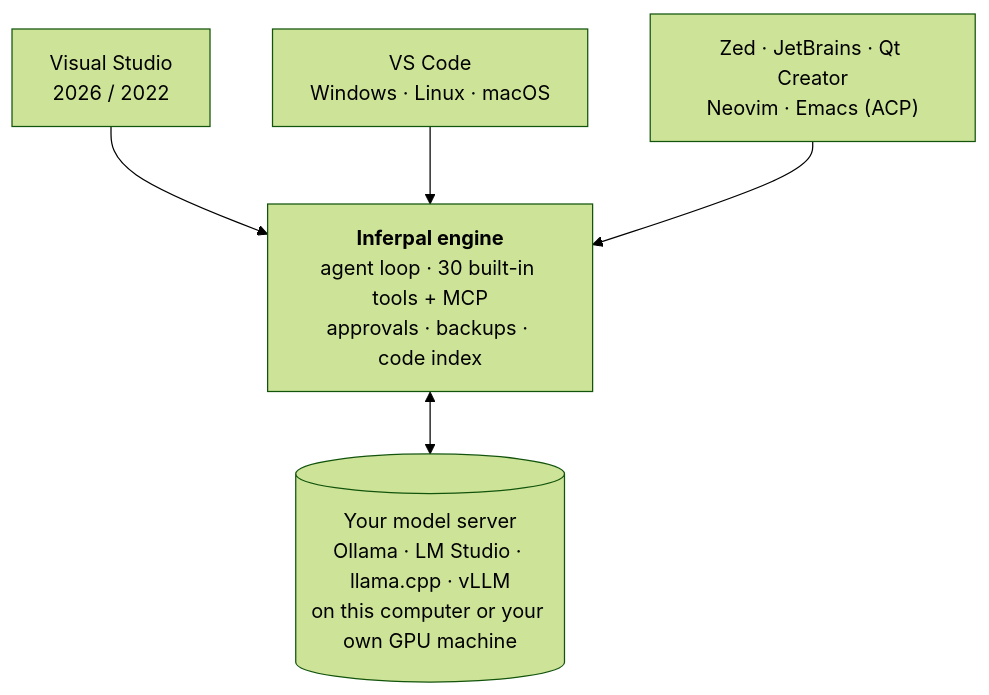
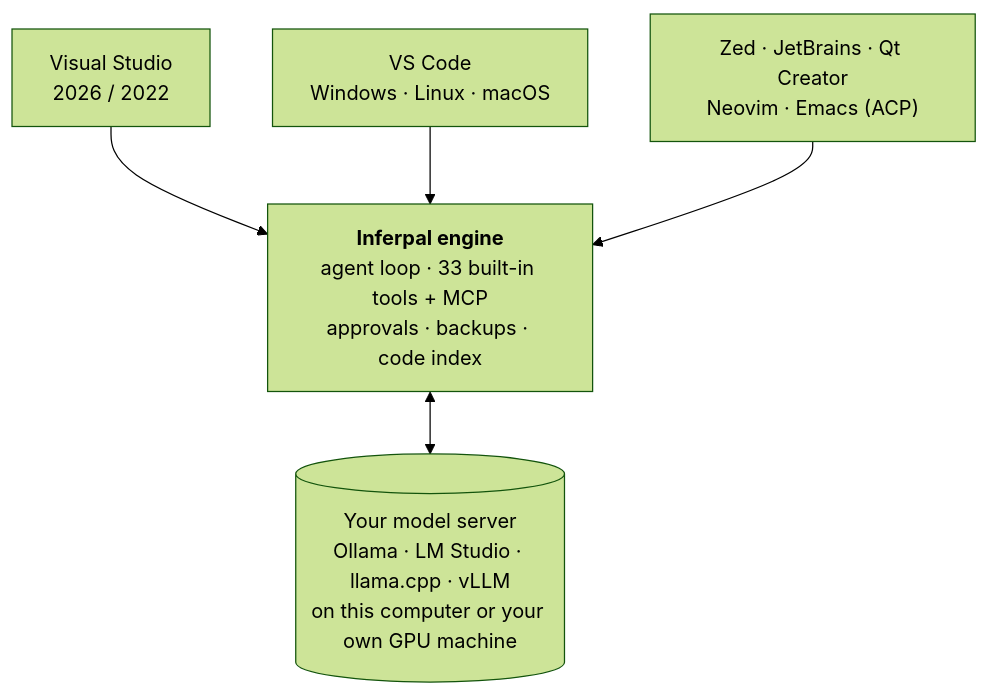
One commit to EstaxNet/Inferpal changed the second of 2 diagrams in README.md. Above: the diagram before and after it, drawn with Mermaid (forest theme). The commit also changed other lines of this file and 48 other files, not shown here.

````diff
--- a/README.md
+++ b/README.md
@@ -161,10 +161,10 @@
 ```mermaid
 flowchart TB
     VS["Visual Studio<br/>2026 / 2022"]
     VSC["VS Code<br/>Windows · Linux · macOS"]
     ACP["Zed · JetBrains · Qt Creator<br/>Neovim · Emacs (ACP)"]
-    ENGINE["<b>Inferpal engine</b><br/>agent loop · 30 built-in tools + MCP<br/>approvals · backups · code index"]
+    ENGINE["<b>Inferpal engine</b><br/>agent loop · 33 built-in tools + MCP<br/>approvals · backups · code index"]
     MODEL[("Your model server<br/>Ollama · LM Studio · llama.cpp · vLLM<br/>on this computer or your own GPU machine")]
     VS & VSC & ACP --> ENGINE
     ENGINE <--> MODEL
 ```
````
